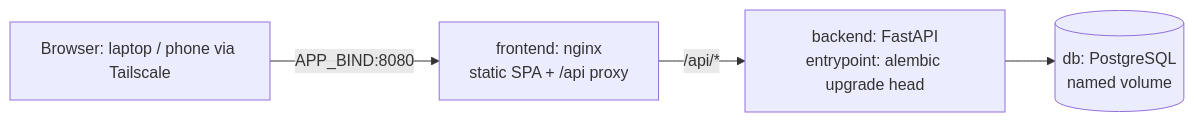
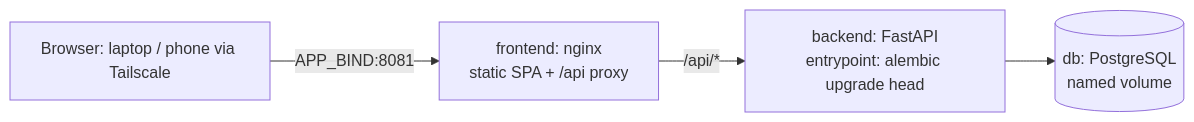
Before and after one commit to PeterNociar/BMAD_todo: the second of 3 diagrams in _bmad-output/initiative-todo-app/architecture-todo-app/architecture-todo-app.md, drawn with Mermaid. The commit also changed other lines of this file and 64 other files, not shown here.

````diff
--- a/_bmad-output/initiative-todo-app/architecture-todo-app/architecture-todo-app.md
+++ b/_bmad-output/initiative-todo-app/architecture-todo-app/architecture-todo-app.md
@@ -310,6 +310,6 @@
 ```mermaid
 flowchart LR
-  B[Browser: laptop / phone via Tailscale] -->|"APP_BIND:8080"| N[frontend: nginx<br/>static SPA + /api proxy]
+  B[Browser: laptop / phone via Tailscale] -->|"APP_BIND:8081"| N[frontend: nginx<br/>static SPA + /api proxy]
   N -->|"/api/*"| A[backend: FastAPI<br/>entrypoint: alembic upgrade head]
   A --> P[(db: PostgreSQL<br/>named volume)]
 ```
````
